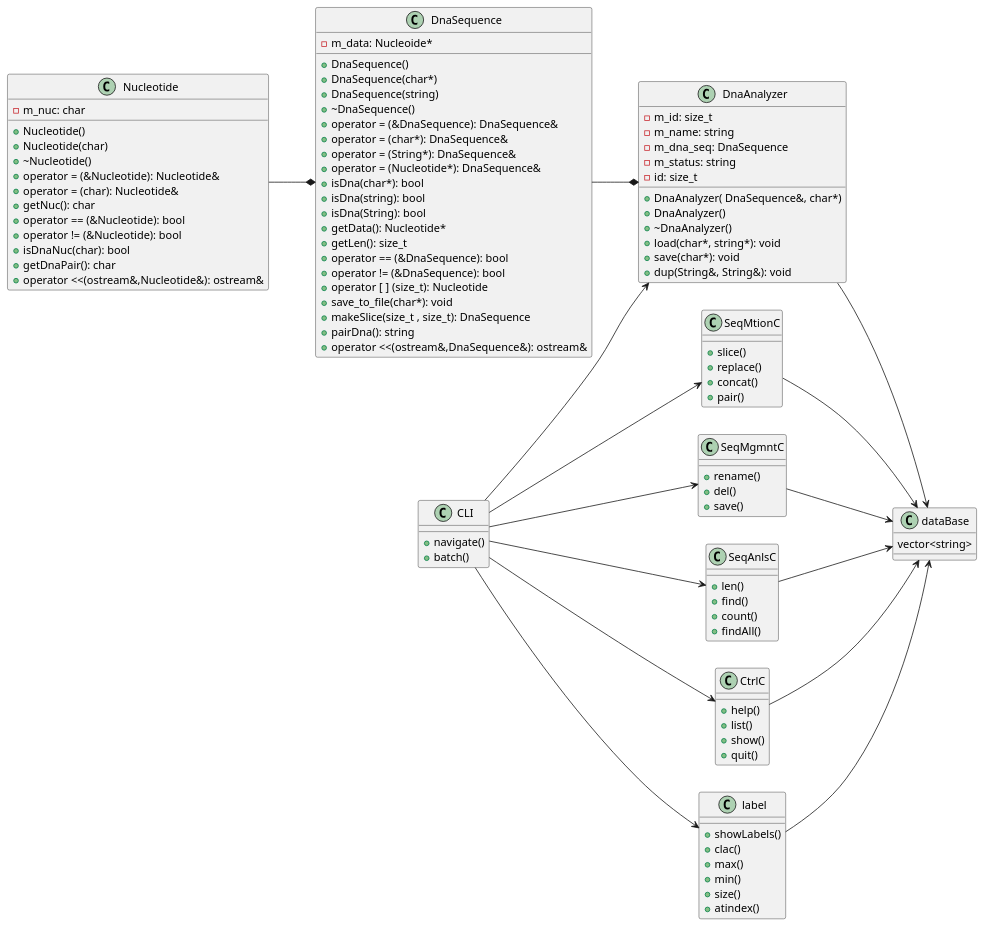
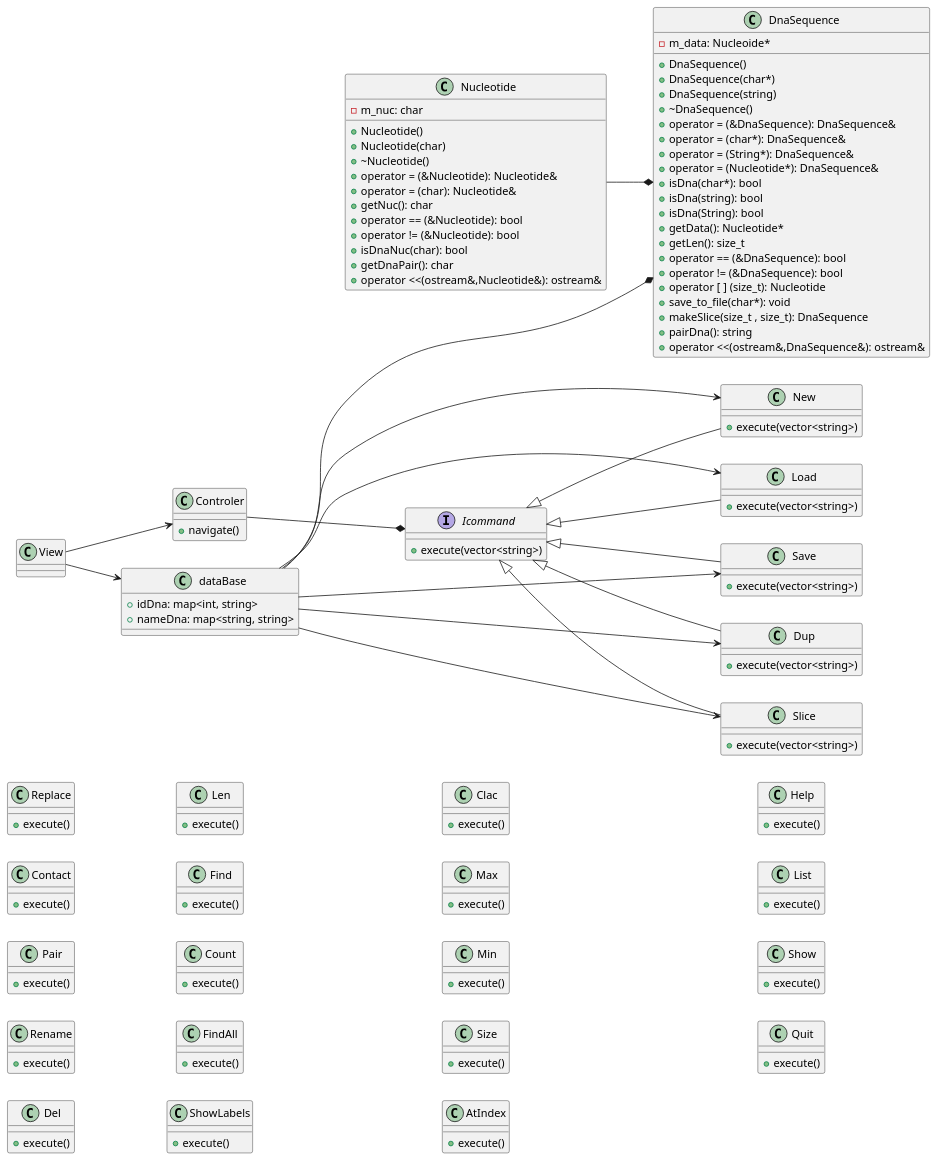
Before and after one commit to MarwanHalabi/dna-analyzer-project: the first of 3 diagrams in UML.md, drawn with PlantUML. The commit also changed other lines of this file and 5 other files, not shown here.

```diff
--- a/UML.md
+++ b/UML.md
@@ -48,87 +48,143 @@
     + operator <<(ostream&,Nucleotide&): ostream&
 }
 
-class DnaAnalyzer
+class Controler
 {
-    - m_id: size_t
-    - m_name: string
-    - m_dna_seq: DnaSequence
-    - m_status: string
-    - id: size_t
-    + DnaAnalyzer( DnaSequence&, char*)
-    + DnaAnalyzer()
-    + ~DnaAnalyzer()
-    + load(char*, string*): void
-    + save(char*): void
-    + dup(String&, String&): void
+    +navigate()
 }
 
-class CLI
-{
-    + navigate()
-    + batch()
+interface Icommand{
+    +execute(vector<string>)
+}
+
+class New{
+    +execute(vector<string>)
+}
+
+class Load{
+    +execute(vector<string>)
+}
+
+class Save{
+    +execute(vector<string>)
+}
+
+class Dup{
+    +execute(vector<string>)
+}
+
+class Slice{
+    +execute(vector<string>)
+}
+
+class Replace{
+    +execute()
+}
+
+class Contact{
+    +execute()
+}
+
+class Pair{
+    +execute()
+}
+
+class Rename{
+    +execute()
+}
+
+class Del{
+    +execute()
 }
 
 
-class SeqMtionC
-{
-    + slice()
-    + replace()
-    + concat()
-    + pair()
+
+
+class Len{
+    +execute()
 }
 
-class SeqMgmntC
-{
-    + rename()
-    + del()
-    + save()
+class Find{
+    +execute()
 }
 
-class SeqAnlsC
-{
-    + len()
-    + find()
-    + count()
-    + findAll()
+class Count{
+    +execute()
 }
 
-class CtrlC
-{
-    + help()
-    + list()
-    + show()
-    + quit()
+class FindAll{
+    +execute()
 }
 
-class label
-{
-    + showLabels()
-    + clac()
-    + max()
-    + min()
-    + size()
-    + atindex()
+
+class ShowLabels{
+    +execute()
 }
+
+class Clac{
+    +execute()
+}
+
+class Max{
+    +execute()
+}
+
+class Min{
+    +execute()
+}
+
+class Size{
+    +execute()
+}
+
+class AtIndex{
+    +execute()
+}
+
+
+class Help{
+    +execute()
+}
+
+class List{
+    +execute()
+}
+
+class Show{
+    +execute()
+}
+
+class Quit{
+    +execute()
+}
+
+Icommand <|-- New
+Icommand <|-- Load
+Icommand <|-- Dup
+Icommand <|-- Save
+Icommand <|-- Slice
+
+
 class dataBase
 {
-    vector<string>
+    +idDna: map<int, string> 
+    +nameDna: map<string, string> 
 }
 
 Nucleotide --* DnaSequence
-DnaSequence --* DnaAnalyzer
-CLI --> CtrlC
-CLI --> SeqAnlsC
-CLI --> SeqMgmntC
-CLI --> SeqMtionC
-CLI --> label
-CLI --> DnaAnalyzer
-DnaAnalyzer --> dataBase
-CtrlC --> dataBase
-SeqAnlsC --> dataBase
-SeqMgmntC --> dataBase
-SeqMtionC --> dataBase
-label --> dataBase
+
+Controler --* Icommand
+
+View --> dataBase
+View --> Controler
+dataBase ---* DnaSequence
+
+dataBase ---> New
+dataBase ---> Load
+dataBase ---> Dup
+dataBase ---> Save
+dataBase ---> Slice
+
 
 @enduml
 
```
